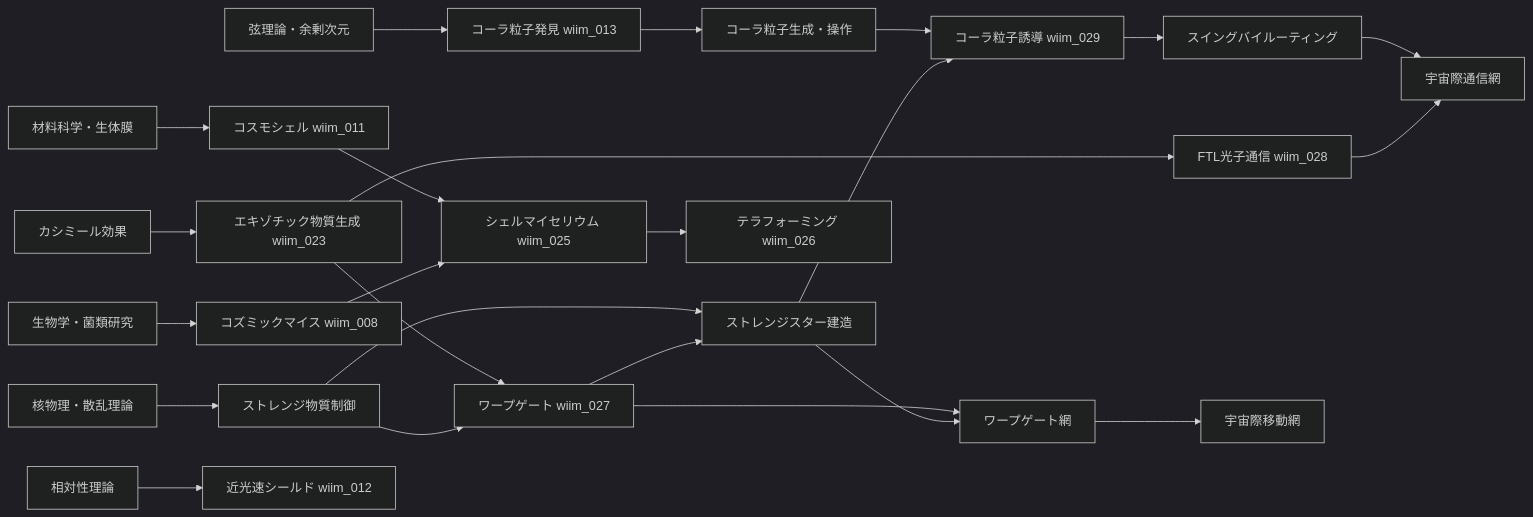
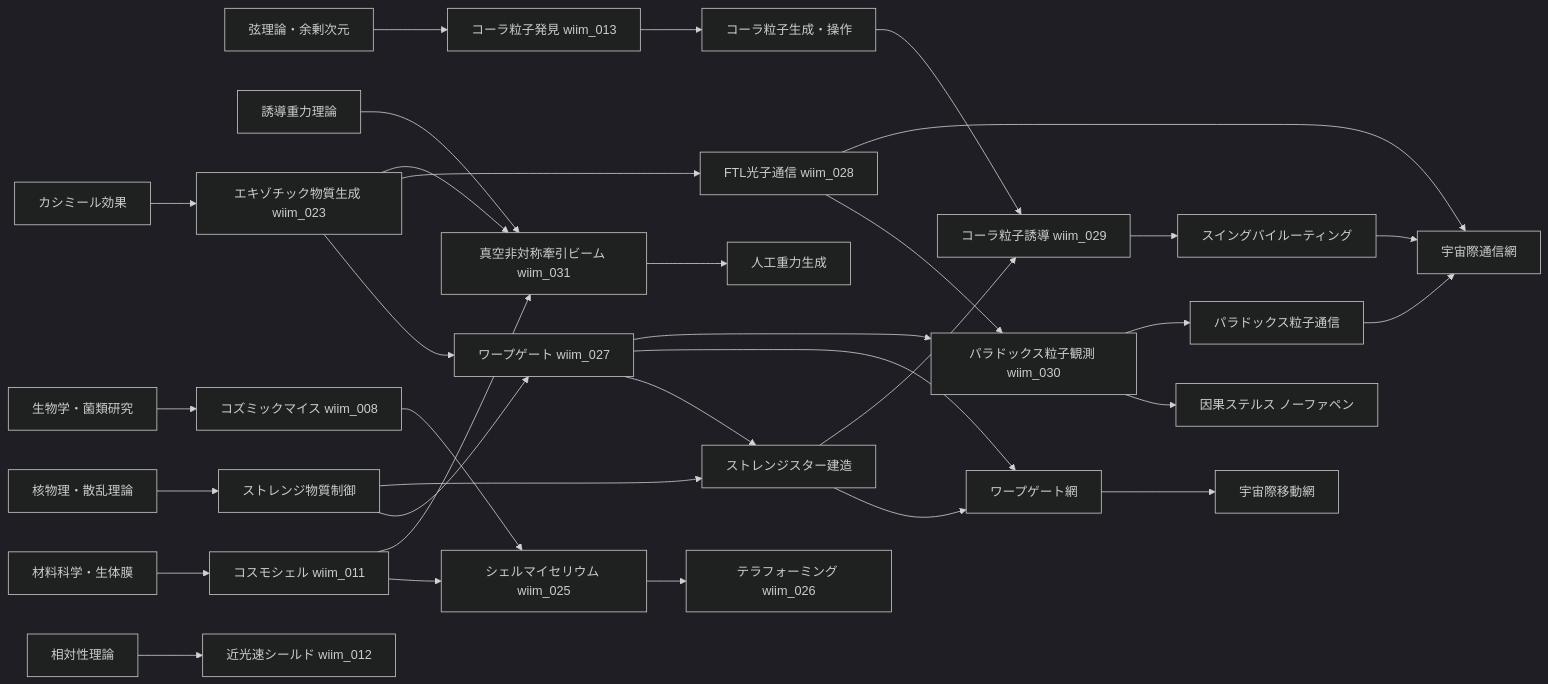
Before and after one commit to theronium/WhatIfImpossible: the first of 3 diagrams in docs/notes/tech_tree.md, drawn with Mermaid (dark theme). The commit also changed 7 other files, not shown here.

````diff
--- a/docs/notes/tech_tree.md
+++ b/docs/notes/tech_tree.md
@@ -16,36 +16,46 @@
 ```mermaid
 flowchart LR
     C0A[カシミール効果]
     C0B[弦理論・余剰次元]
     C0C[核物理・散乱理論]
     C0D[生物学・菌類研究]
     C0E[相対性理論]
     C0F[材料科学・生体膜]
+    C0G[誘導重力理論]
 
     C0A --> T1A[エキゾチック物質生成 wiim_023]
     C0B --> T1B[コーラ粒子発見 wiim_013]
     C0F --> T1C[コスモシェル wiim_011]
     C0C --> T1D[ストレンジ物質制御]
     C0D --> T1E[コズミックマイス wiim_008]
     C0E --> T2F[近光速シールド wiim_012]
+    C0G --> T2G[真空非対称牽引ビーム wiim_031]
 
     T1A --> T2A[ワープゲート wiim_027]
     T1A --> T2B[FTL光子通信 wiim_028]
+    T1A --> T2G
     T1B --> T2C[コーラ粒子生成・操作]
     T1C --> T2E[シェルマイセリウム wiim_025]
+    T1C --> T2G
     T1D --> T2A
     T1D --> T2D[ストレンジスター建造]
     T1E --> T2E
 
     T2A --> T2D
     T2A --> T3A[ワープゲート網]
+    T2A --> T2H[パラドックス粒子観測 wiim_030]
+    T2B --> T2H
     T2C --> T3B[コーラ粒子誘導 wiim_029]
     T2D --> T3A
     T2D --> T3B
     T2E --> T3C[テラフォーミング wiim_026]
+    T2G --> T3E[人工重力生成]
+    T2H --> T3F[因果ステルス ノーファペン]
+    T2H --> T3G[パラドックス粒子通信]
 
     T3B --> T3D[スイングバイルーティング]
     T3D --> T4B[宇宙際通信網]
     T3A --> T4A[宇宙際移動網]
     T2B --> T4B
+    T3G --> T4B
 ```
````
